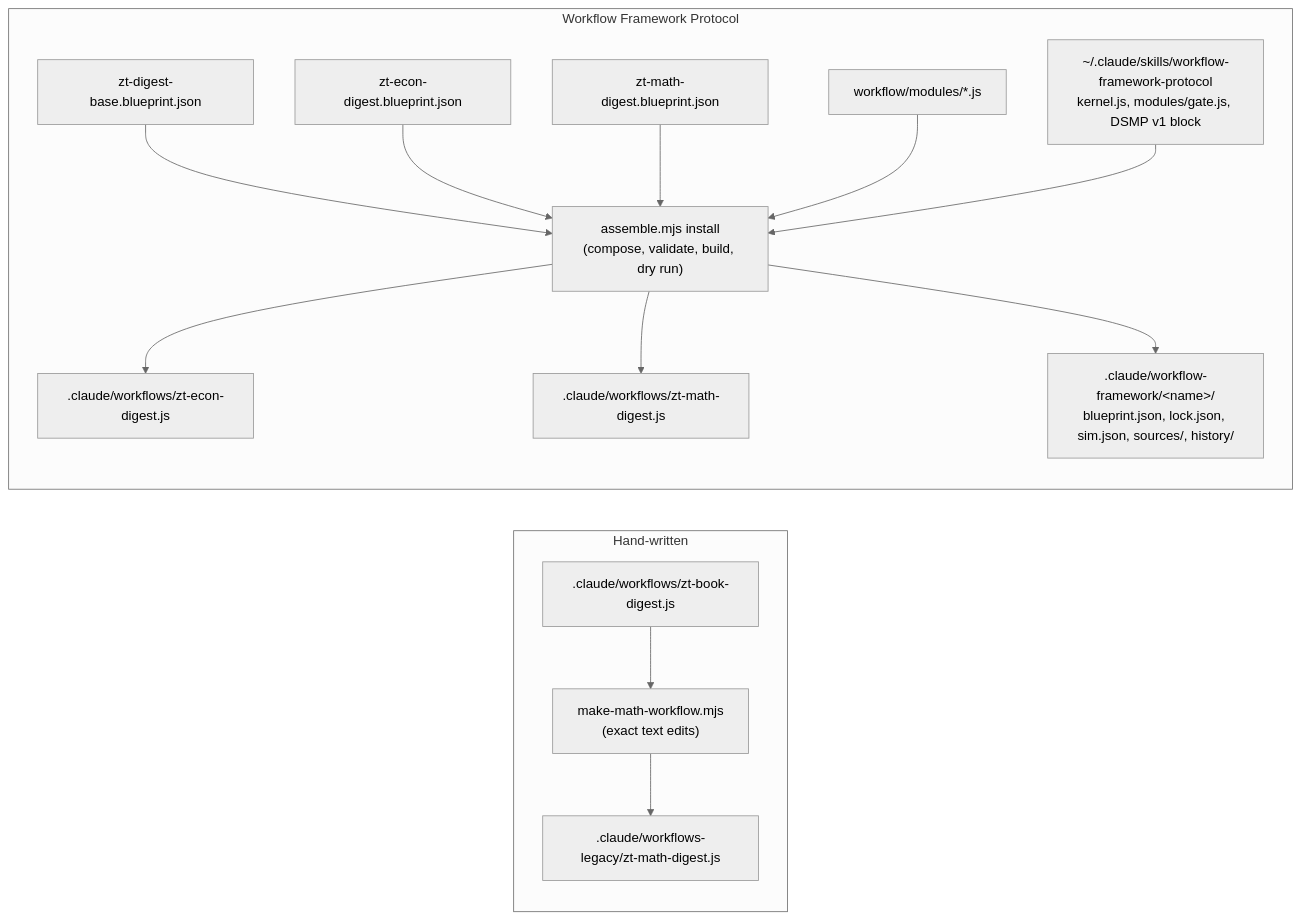
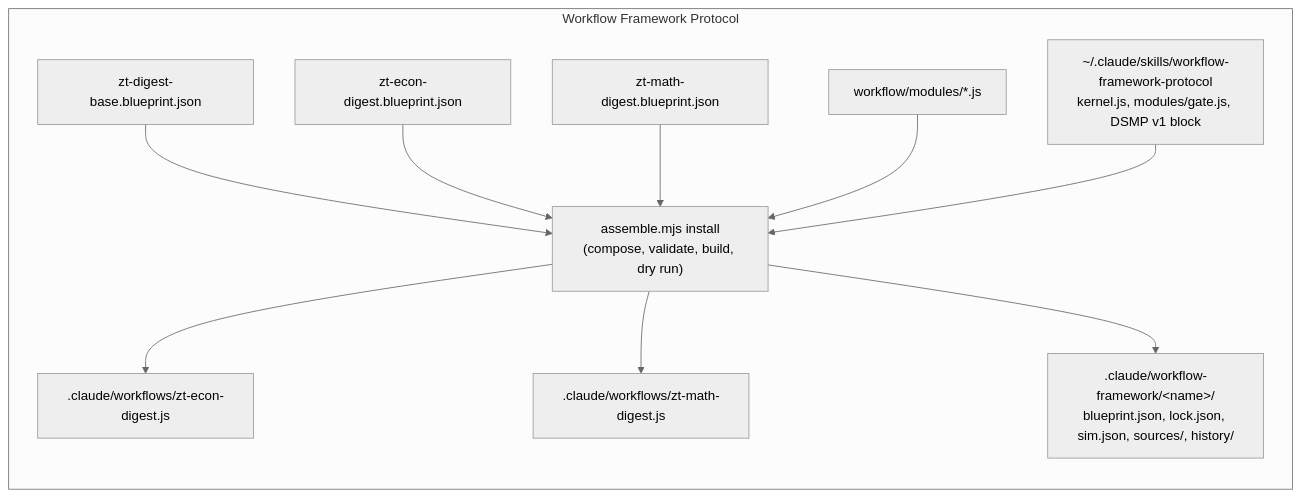
One commit to liudesheng9/zet changed the first of 2 diagrams in docs/wiki/digest-workflows.md. Above: the diagram before and after it, drawn with Mermaid (neutral theme). The commit also changed other lines of this file and 27 other files, not shown here.

First line of the commit message:
Remove zt-book-digest and the legacy math workflow

````diff
--- a/docs/wiki/digest-workflows.md
+++ b/docs/wiki/digest-workflows.md
@@ -72,25 +68,19 @@
 ```mermaid
 flowchart LR
-  subgraph handwritten[Hand-written]
-    BD[".claude/workflows/zt-book-digest.js"]
-    GEN["make-math-workflow.mjs<br/>(exact text edits)"]
-    LEG[".claude/workflows-legacy/zt-math-digest.js"]
-    BD --> GEN --> LEG
-  end
   subgraph framework[Workflow Framework Protocol]
     BASE["zt-digest-base.blueprint.json"]
     ECON["zt-econ-digest.blueprint.json"]
     MATH["zt-math-digest.blueprint.json"]
     MODS["workflow/modules/*.js"]
     LIB["~/.claude/skills/workflow-framework-protocol<br/>kernel.js, modules/gate.js, DSMP v1 block"]
     ASM["assemble.mjs install<br/>(compose, validate, build, dry run)"]
     BASE --> ASM
     ECON --> ASM
     MATH --> ASM
     MODS --> ASM
     LIB --> ASM
     ASM --> ES[".claude/workflows/zt-econ-digest.js"]
     ASM --> MS[".claude/workflows/zt-math-digest.js"]
     ASM --> REG[".claude/workflow-framework/&lt;name&gt;/<br/>blueprint.json, lock.json, sim.json, sources/, history/"]
   end
 ```
````
